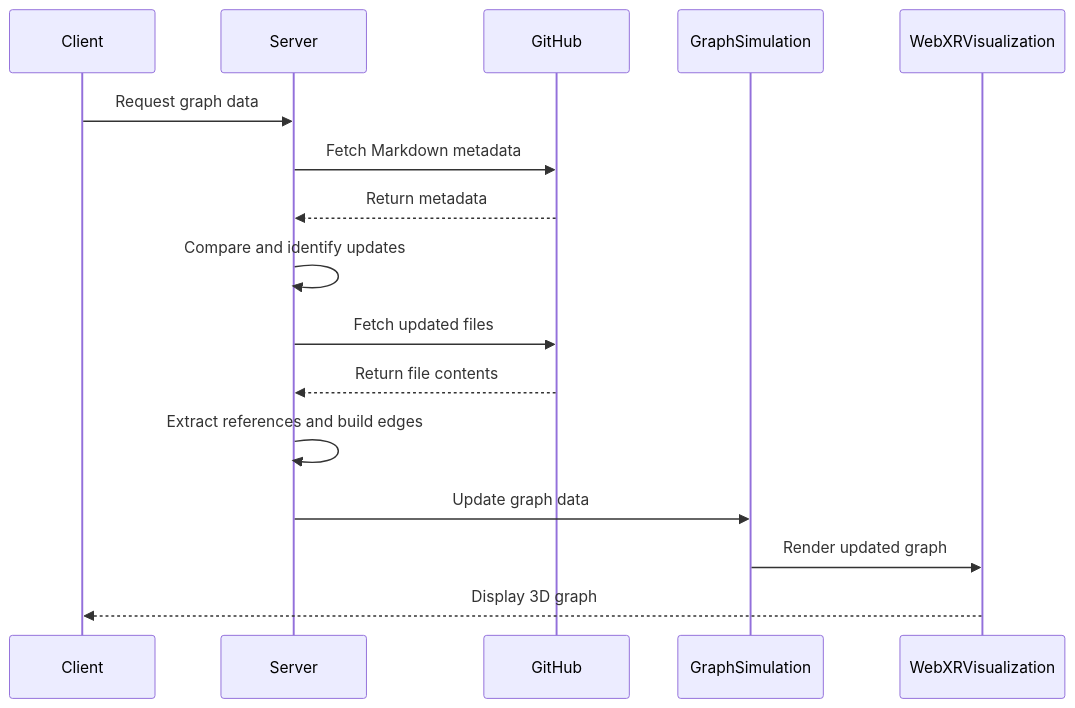
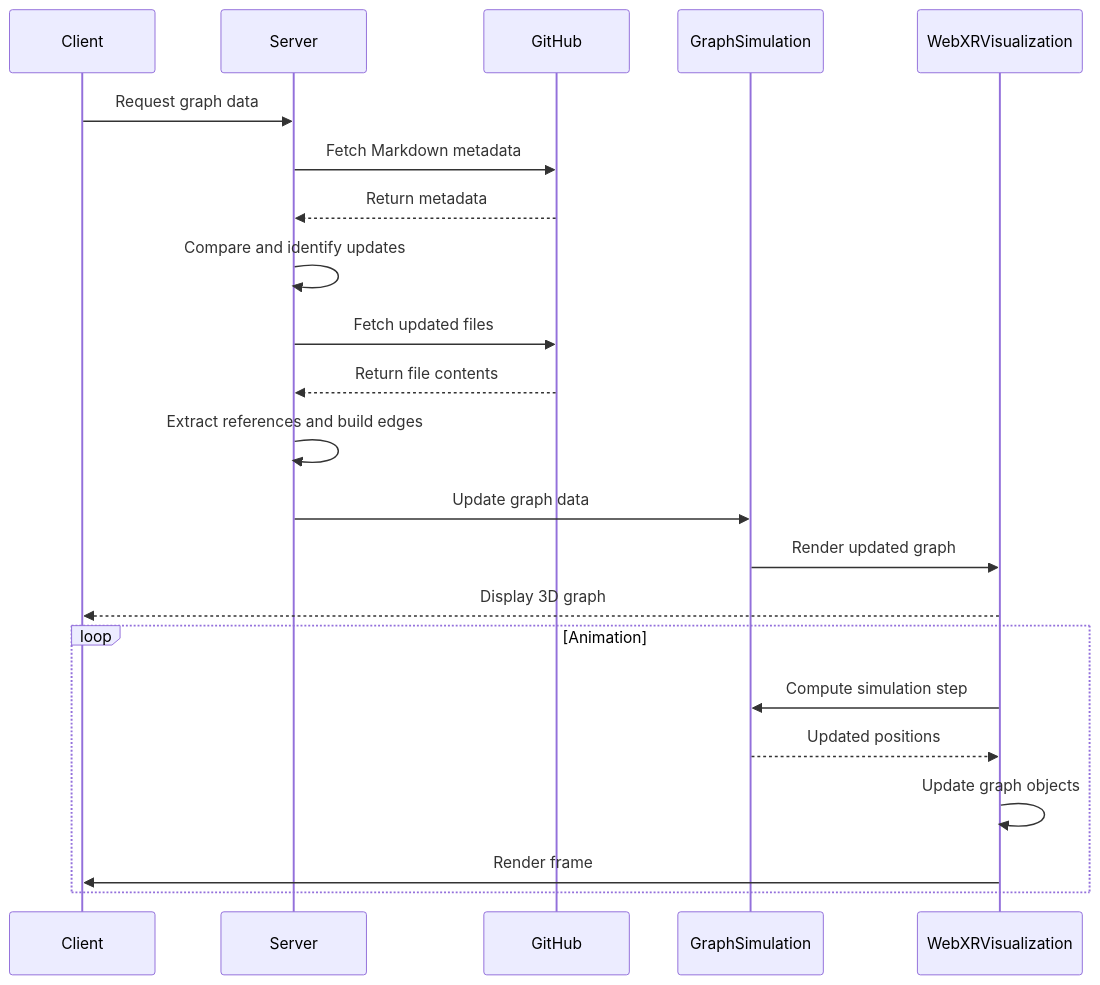
The second of 2 diagrams in README.md (MITIH-Dreamlab/JingSpringThing), drawn with Mermaid before and after one commit. The commit also changed other lines of this file, not shown here.

````diff
--- a/README.md
+++ b/README.md
@@ -74,19 +94,24 @@
 ```mermaid
 sequenceDiagram
     participant Client
     participant Server
     participant GitHub
     participant GraphSimulation
     participant WebXRVisualization
-
     Client->>Server: Request graph data
     Server->>GitHub: Fetch Markdown metadata
     GitHub-->>Server: Return metadata
     Server->>Server: Compare and identify updates
     Server->>GitHub: Fetch updated files
     GitHub-->>Server: Return file contents
     Server->>Server: Extract references and build edges
     Server->>GraphSimulation: Update graph data
     GraphSimulation->>WebXRVisualization: Render updated graph
     WebXRVisualization-->>Client: Display 3D graph
+    loop Animation
+        WebXRVisualization->>GraphSimulation: Compute simulation step
+        GraphSimulation-->>WebXRVisualization: Updated positions
+        WebXRVisualization->>WebXRVisualization: Update graph objects
+        WebXRVisualization->>Client: Render frame
+    end
 ```
````
